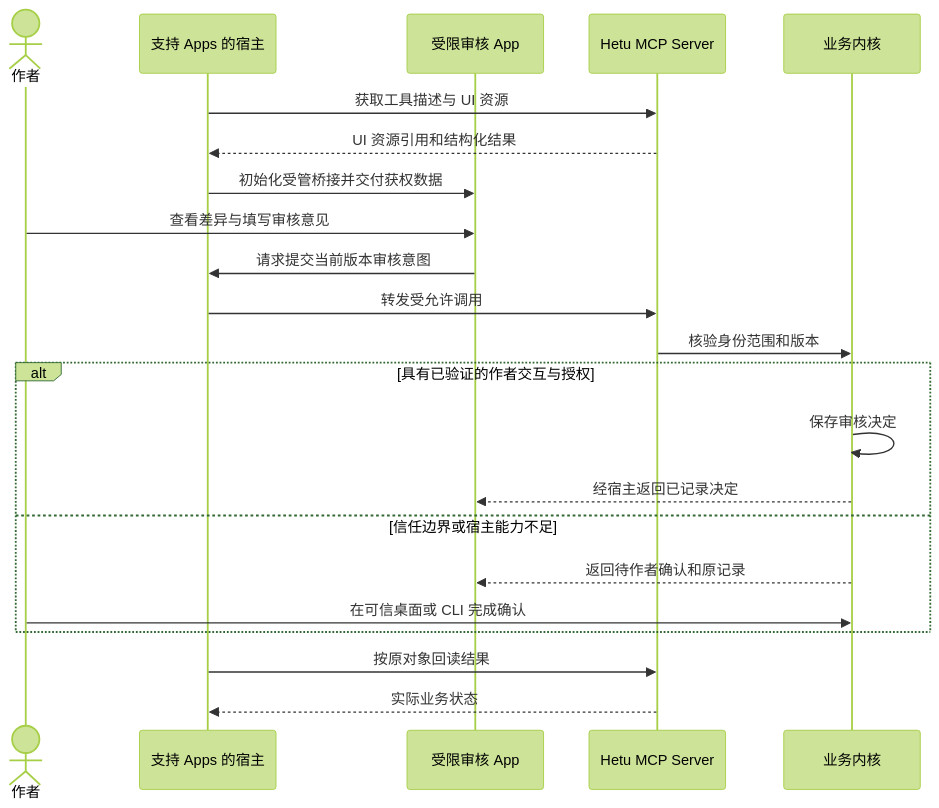
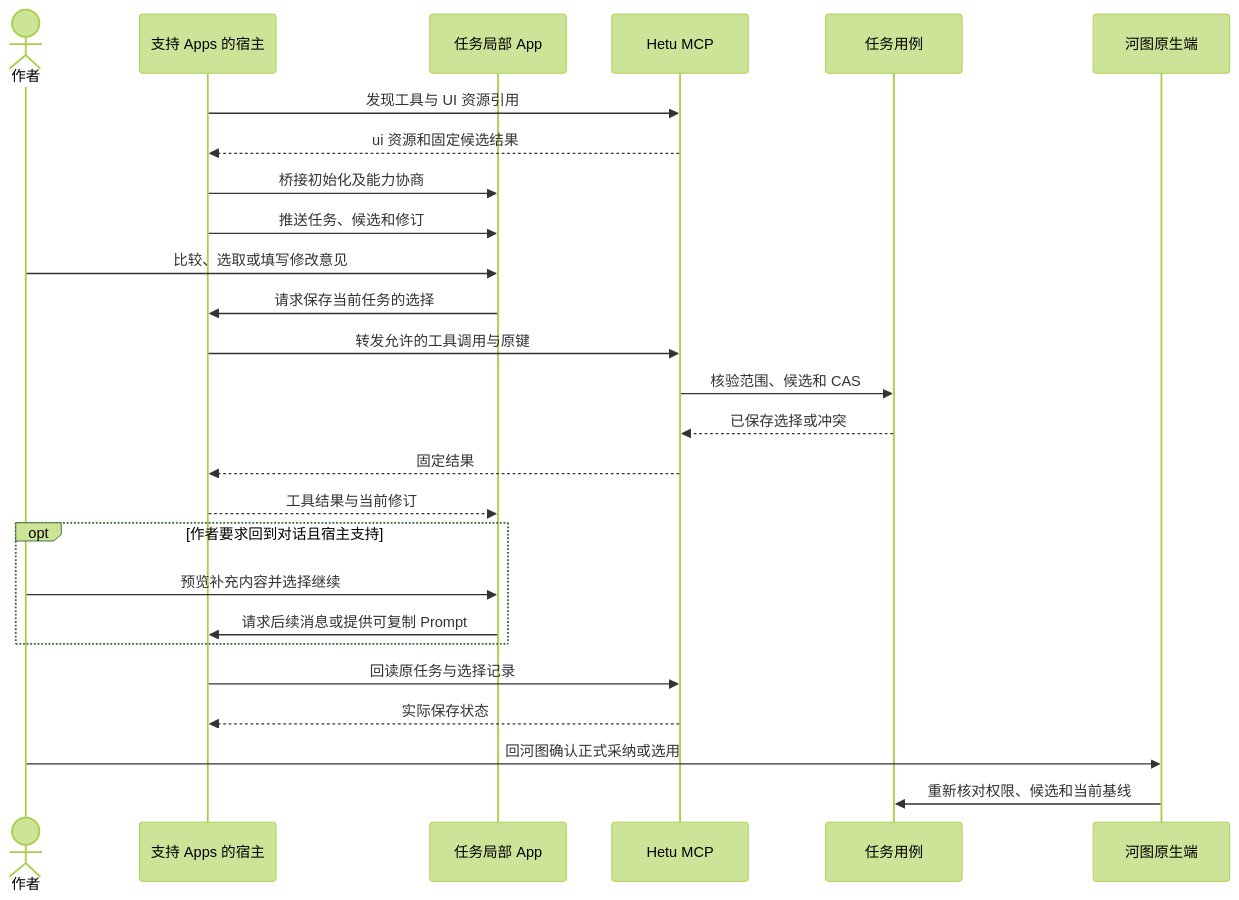
One commit to limecloud/hetu changed the eighth of 33 diagrams in docs/23-业务流程与MCP时序.md. Above: the diagram before and after it, drawn with Mermaid (forest theme). The commit also changed other lines of this file and 252 other files, not shown here.

````diff
--- a/docs/23-业务流程与MCP时序.md
+++ b/docs/23-业务流程与MCP时序.md
@@ -114,24 +214,28 @@
 ```mermaid
 sequenceDiagram
     actor author as 作者
     participant host as 支持 Apps 的宿主
-    participant app as 受限审核 App
-    participant server as Hetu MCP Server
-    participant core as 业务内核
-    host->>server: 获取工具描述与 UI 资源
-    server-->>host: UI 资源引用和结构化结果
-    host->>app: 初始化受管桥接并交付获权数据
-    author->>app: 查看差异与填写审核意见
-    app->>host: 请求提交当前版本审核意图
-    host->>server: 转发受允许调用
-    server->>core: 核验身份范围和版本
-    alt 具有已验证的作者交互与授权
-        core->>core: 保存审核决定
-        core-->>app: 经宿主返回已记录决定
-    else 信任边界或宿主能力不足
-        core-->>app: 返回待作者确认和原记录
-        author->>core: 在可信桌面或 CLI 完成确认
+    participant app as 任务局部 App
+    participant server as Hetu MCP
+    participant core as 任务用例
+    participant desktop as 河图原生端
+    host->>server: 发现工具与 UI 资源引用
+    server-->>host: ui 资源和固定候选结果
+    host->>app: 桥接初始化及能力协商
+    host->>app: 推送任务、候选和修订
+    author->>app: 比较、选取或填写修改意见
+    app->>host: 请求保存当前任务的选择
+    host->>server: 转发允许的工具调用与原键
+    server->>core: 核验范围、候选和 CAS
+    core-->>server: 已保存选择或冲突
+    server-->>host: 固定结果
+    host-->>app: 工具结果与当前修订
+    opt 作者要求回到对话且宿主支持
+        author->>app: 预览补充内容并选择继续
+        app->>host: 请求后续消息或提供可复制 Prompt
     end
-    host->>server: 按原对象回读结果
-    server-->>host: 实际业务状态
+    host->>server: 回读原任务与选择记录
+    server-->>host: 实际保存状态
+    author->>desktop: 回河图确认正式采纳或选用
+    desktop->>core: 重新核对权限、候选和当前基线
 ```
````
